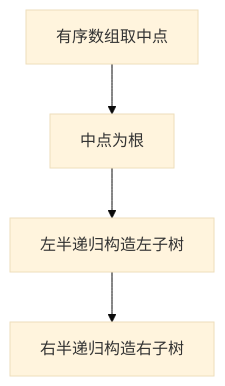
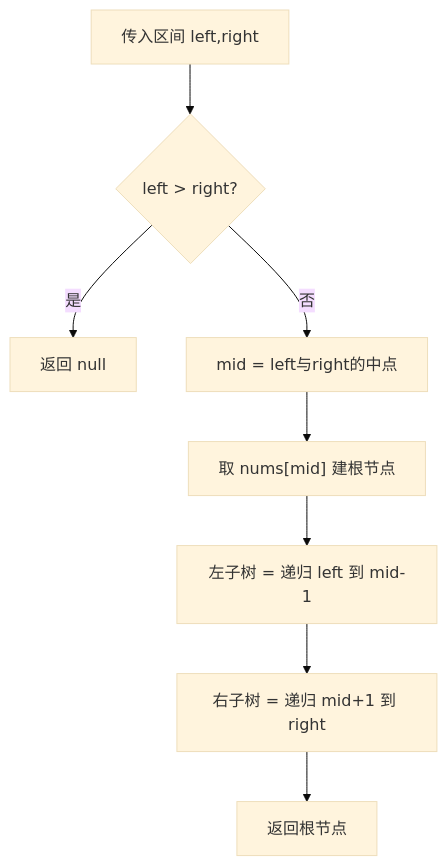
The first of 2 diagrams in 09-二叉树/0108-将有序数组转换为二叉搜索树.md (OctalZero/hot100-py), drawn with Mermaid (base theme) before and after one commit. The commit also changed other lines of this file and 117 other files, not shown here.

First line of the commit message:
feat: 全题解配图升级为「动画式 mermaid」（总览骨架 + 横向时间线逐步推演）

````diff
--- a/09-二叉树/0108-将有序数组转换为二叉搜索树.md
+++ b/09-二叉树/0108-将有序数组转换为二叉搜索树.md
@@ -22,6 +22,10 @@
 ```mermaid
 flowchart TD
-    A["有序数组取中点"] --> B["中点为根"]
-    B --> C["左半递归构造左子树"]
-    C --> D["右半递归构造右子树"]
+    A["传入区间 left,right"] --> B{"left > right?"}
+    B -->|"是"| R["返回 null"]
+    B -->|"否"| C["mid = left与right的中点"]
+    C --> D["取 nums[mid] 建根节点"]
+    D --> E["左子树 = 递归 left 到 mid-1"]
+    E --> F["右子树 = 递归 mid+1 到 right"]
+    F --> G["返回根节点"]
 ```
````
